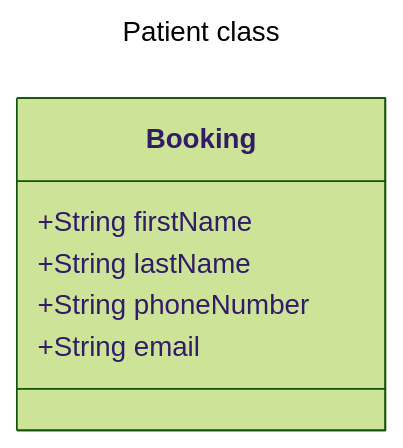
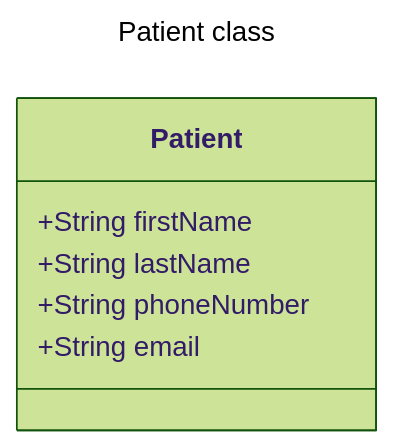
One commit to dkittle/Jane-clinic-exercise changed the fourth of 6 diagrams in docs/Entities.md. Above: the diagram before and after it, drawn with Mermaid (forest theme). The commit also changed other lines of this file, not shown here.

Commit message:
Copy/pasta error on class diagrams

````diff
--- a/docs/Entities.md
+++ b/docs/Entities.md
@@ -51,12 +51,12 @@
 ```mermaid
 ---
 title: Patient class
 ---
 classDiagram
-    class Booking{
+    class Patient{
         +String firstName
         +String lastName
         +String phoneNumber
         +String email
     }
 ```
````
